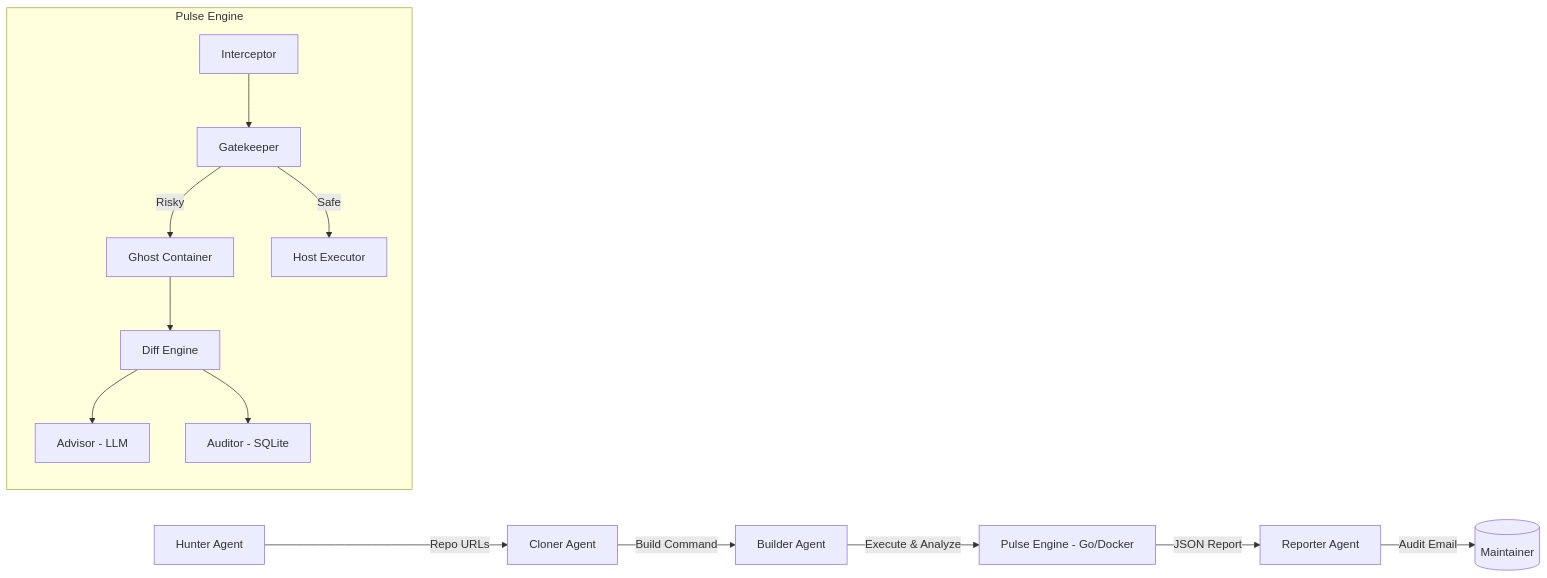
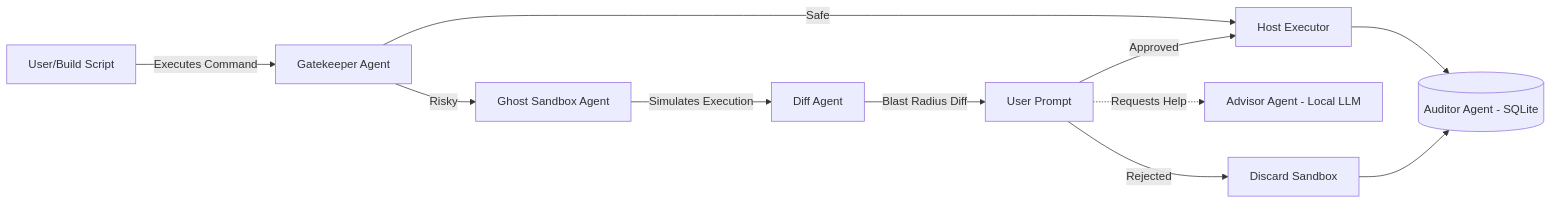
The diagram in SUBMISSION.md (aryawadhwa/Dike), drawn with Mermaid before and after one commit. The commit also changed other lines of this file, not shown here.

Commit message:
Align SUBMISSION.md to custom PulseFlow Go architecture

````diff
--- a/SUBMISSION.md
+++ b/SUBMISSION.md
@@ -71,17 +66,16 @@
 ```mermaid
 flowchart LR
-    A[Hunter Agent] -->|Repo URLs| B[Cloner Agent]
-    B -->|Build Command| C[Builder Agent]
-    C -->|Execute & Analyze| D[Pulse Engine - Go/Docker]
-    D -->|JSON Report| E[Reporter Agent]
-    E -->|Audit Email| F[(Maintainer)]
-
-    subgraph Pulse Engine
-        D1[Interceptor] --> D2[Gatekeeper]
-        D2 -->|Risky| D3[Ghost Container]
-        D3 --> D4[Diff Engine]
-        D4 --> D5[Advisor - LLM]
-        D2 -->|Safe| D6[Host Executor]
-        D4 --> D7[Auditor - SQLite]
-    end
+    A[User/Build Script] -->|Executes Command| B[Gatekeeper Agent]
+    B -->|Risky| C[Ghost Sandbox Agent]
+    B -->|Safe| D[Host Executor]
+    
+    C -->|Simulates Execution| E[Diff Agent]
+    E -->|Blast Radius Diff| F[User Prompt]
+    F -.->|Requests Help| G[Advisor Agent - Local LLM]
+    
+    F -->|Approved| D
+    F -->|Rejected| H[Discard Sandbox]
+    
+    D --> I[(Auditor Agent - SQLite)]
+    H --> I
 ```
````
